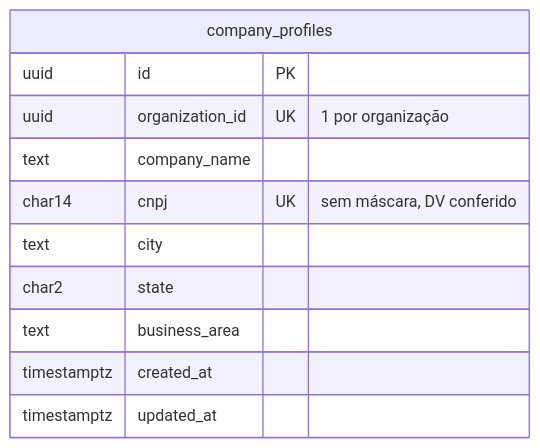
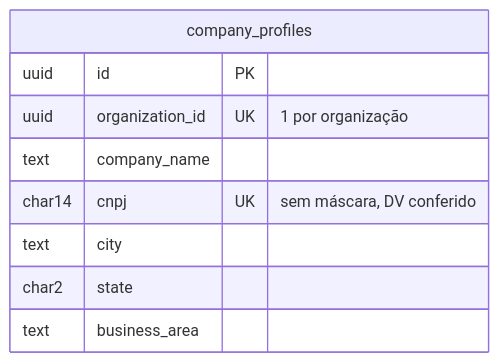
Before and after one commit to lucasvidalz/licitaedital-api2: the second of 6 diagrams in docs/modelagem-dados.md, drawn with Mermaid. The commit also changed other lines of this file and 72 other files, not shown here.

````diff
--- a/docs/modelagem-dados.md
+++ b/docs/modelagem-dados.md
@@ -90,14 +90,12 @@
 ```mermaid
 erDiagram
   company_profiles {
     uuid id PK
     uuid organization_id UK "1 por organização"
     text company_name
     char14 cnpj UK "sem máscara, DV conferido"
     text city
     char2 state
     text business_area
-    timestamptz created_at
-    timestamptz updated_at
   }
 ```
````
